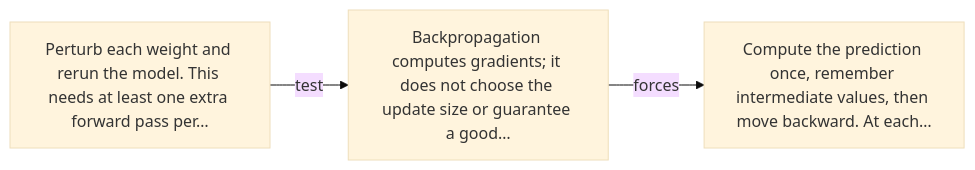
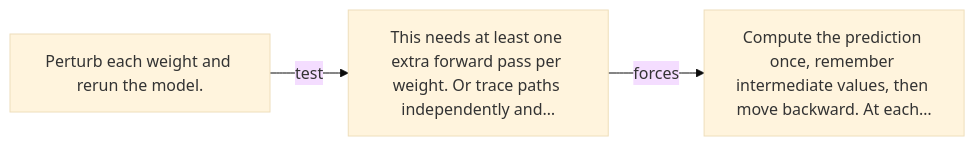
Before and after one commit to kleem-labs/AI-Archaeology: the diagram in excavations/024-backpropagation/diagram.md, drawn with Mermaid (base theme). The commit also changed other lines of this file and 165 other files, not shown here.

````diff
--- a/excavations/024-backpropagation/diagram.md
+++ b/excavations/024-backpropagation/diagram.md
@@ -5,5 +5,5 @@
 ```mermaid
 flowchart LR
-    A["Perturb each weight and rerun the model. This needs at least one extra forward pass per…"] -->|"test"| B["Backpropagation computes gradients; it does not choose the update size or guarantee a good…"]
+    A["Perturb each weight and rerun the model."] -->|"test"| B["This needs at least one extra forward pass per weight. Or trace paths independently and…"]
     B -->|"forces"| C["Compute the prediction once, remember intermediate values, then move backward. At each…"]
 ```
````
